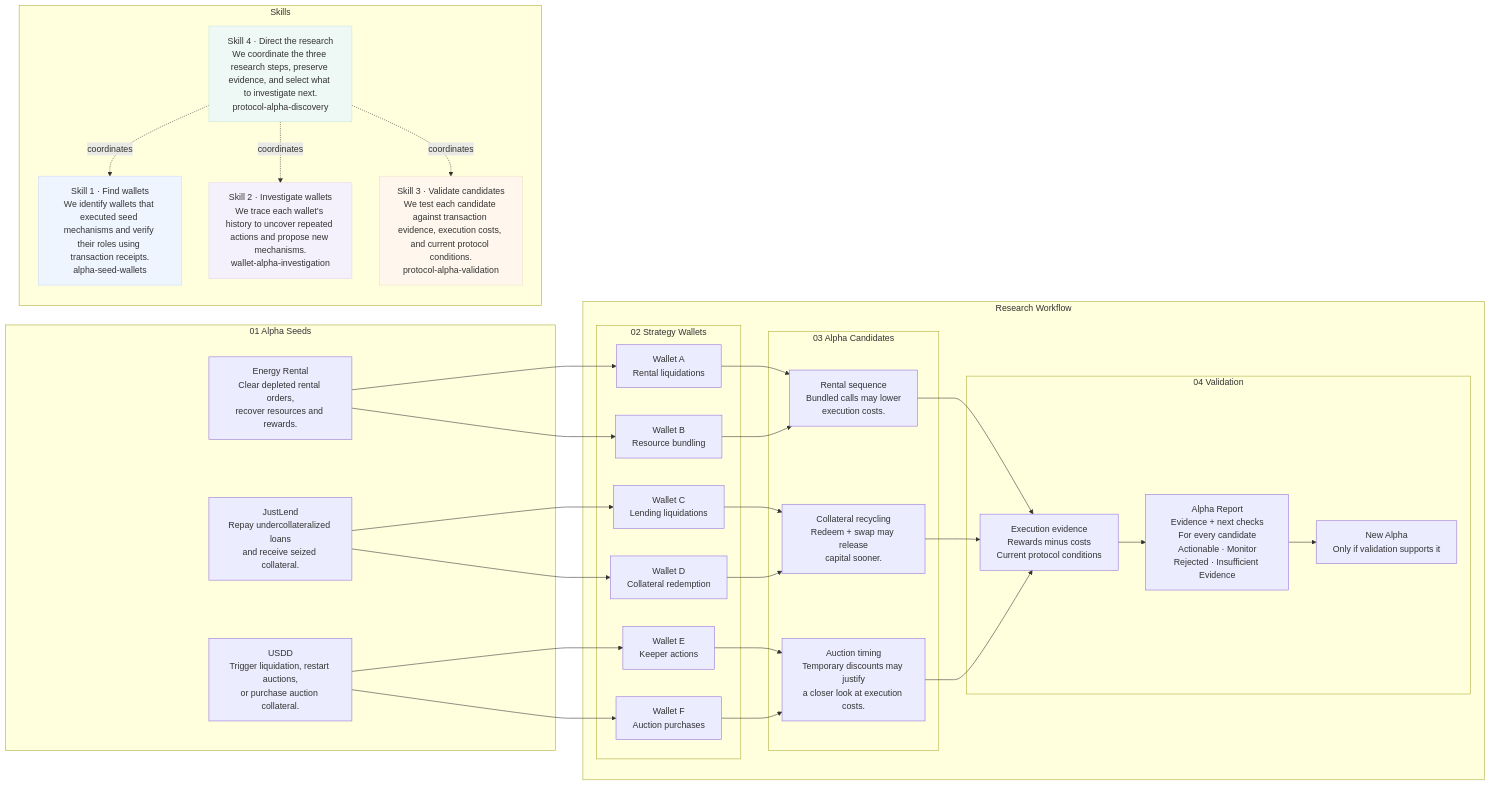
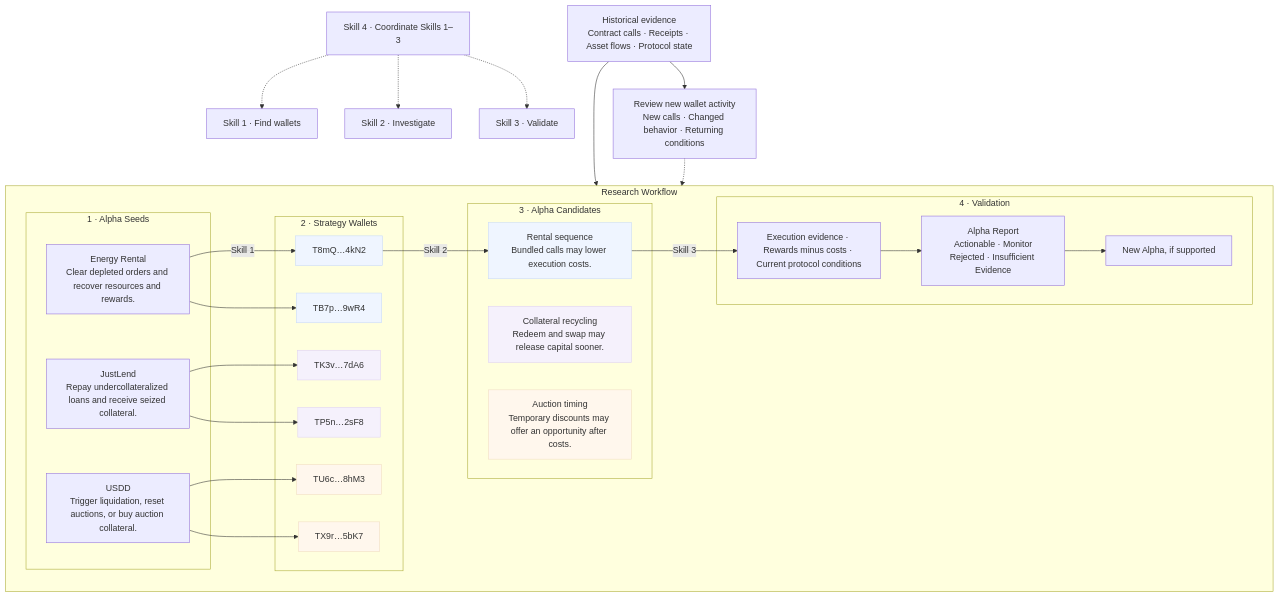
Before and after one commit to qinyh10300/protocol-alpha-finder: the diagram in docs/diagrams/system-architecture-en.mmd, drawn with Mermaid. The commit also changed 15 other files, not shown here.

Commit message:
docs: combine architecture into one concise research diagram

```diff
--- a/docs/diagrams/system-architecture-en.mmd
+++ b/docs/diagrams/system-architecture-en.mmd
@@ -1,57 +1,59 @@
-%% Solid lines show evidence/results; dashed lines show Skill coordination.
-flowchart LR
-    subgraph SEEDS["01  Alpha Seeds"]
-        SEED0["Energy Rental<br/>Clear depleted rental orders,<br/>recover resources and rewards."]
-        SEED1["JustLend<br/>Repay undercollateralized loans<br/>and receive seized collateral."]
-        SEED2["USDD<br/>Trigger liquidation, restart auctions,<br/>or purchase auction collateral."]
+flowchart TB
+    subgraph FLOW["Research Workflow"]
+        direction LR
+        subgraph SEEDS["1 · Alpha Seeds"]
+            SEED0["Energy Rental<br/>Clear depleted orders and recover resources and rewards."]
+            SEED1["JustLend<br/>Repay undercollateralized loans and receive seized collateral."]
+            SEED2["USDD<br/>Trigger liquidation, reset auctions, or buy auction collateral."]
+        end
+        subgraph WALLETS["2 · Strategy Wallets"]
+            WALLET0["T8mQ…4kN2"]
+            WALLET1["TB7p…9wR4"]
+            WALLET2["TK3v…7dA6"]
+            WALLET3["TP5n…2sF8"]
+            WALLET4["TU6c…8hM3"]
+            WALLET5["TX9r…5bK7"]
+        end
+        subgraph CANDIDATES["3 · Alpha Candidates"]
+            CANDIDATE0["Rental sequence<br/>Bundled calls may lower execution costs."]
+            CANDIDATE1["Collateral recycling<br/>Redeem and swap may release capital sooner."]
+            CANDIDATE2["Auction timing<br/>Temporary discounts may offer an opportunity after costs."]
+        end
+        subgraph VALIDATION["4 · Validation"]
+            CHECK["Execution evidence · Rewards minus costs · Current protocol conditions"]
+            REPORT["Alpha Report<br/>Actionable · Monitor<br/>Rejected · Insufficient Evidence"]
+            NEW["New Alpha, if supported"]
+            CHECK --> REPORT --> NEW
+        end
+        SEED0 -->|Skill 1| WALLET0
+        SEED0 --> WALLET1
+        SEED1 --> WALLET2
+        SEED1 --> WALLET3
+        SEED2 --> WALLET4
+        SEED2 --> WALLET5
+        WALLET0 -->|Skill 2| CANDIDATE0
+        CANDIDATE0 -->|Skill 3| CHECK
     end
-    subgraph RESEARCH["Research Workflow"]
-    subgraph WALLETS["02  Strategy Wallets"]
-        WALLET0["Wallet A<br/>Rental liquidations"]
-        WALLET1["Wallet B<br/>Resource bundling"]
-        WALLET2["Wallet C<br/>Lending liquidations"]
-        WALLET3["Wallet D<br/>Collateral redemption"]
-        WALLET4["Wallet E<br/>Keeper actions"]
-        WALLET5["Wallet F<br/>Auction purchases"]
-    end
-    subgraph CANDIDATES["03  Alpha Candidates"]
-        CANDIDATE0["Rental sequence<br/>Bundled calls may lower<br/>execution costs."]
-        CANDIDATE1["Collateral recycling<br/>Redeem + swap may release<br/>capital sooner."]
-        CANDIDATE2["Auction timing<br/>Temporary discounts may justify<br/>a closer look at execution costs."]
-    end
-    subgraph VALIDATE["04  Validation"]
-    VALIDATION["Execution evidence<br/>Rewards minus costs<br/>Current protocol conditions"]
-    NEW["New Alpha<br/>Only if validation supports it"]
-    REPORT["Alpha Report<br/>Evidence + next checks<br/>For every candidate<br/>Actionable · Monitor<br/>Rejected · Insufficient Evidence"]
-    VALIDATION --> REPORT
-    REPORT --> NEW
-    end
-    end
-    SEED0 --> WALLET0
-    WALLET0 --> CANDIDATE0
-    SEED0 --> WALLET1
-    WALLET1 --> CANDIDATE0
-    CANDIDATE0 --> VALIDATION
-    SEED1 --> WALLET2
-    WALLET2 --> CANDIDATE1
-    SEED1 --> WALLET3
-    WALLET3 --> CANDIDATE1
-    CANDIDATE1 --> VALIDATION
-    SEED2 --> WALLET4
-    WALLET4 --> CANDIDATE2
-    SEED2 --> WALLET5
-    WALLET5 --> CANDIDATE2
-    CANDIDATE2 --> VALIDATION
-    subgraph SKILLS["Skills"]
-        S0["Skill 1 · Find wallets<br/>We identify wallets that executed seed mechanisms and verify their roles using transaction receipts.<br/>alpha-seed-wallets"]
-        S1["Skill 2 · Investigate wallets<br/>We trace each wallet’s history to uncover repeated actions and propose new mechanisms.<br/>wallet-alpha-investigation"]
-        S2["Skill 3 · Validate candidates<br/>We test each candidate against transaction evidence, execution costs, and current protocol conditions.<br/>protocol-alpha-validation"]
-        S3["Skill 4 · Direct the research<br/>We coordinate the three research steps, preserve evidence, and select what to investigate next.<br/>protocol-alpha-discovery"]
-    end
-    S3 -. coordinates .-> S0
-    S3 -. coordinates .-> S1
-    S3 -. coordinates .-> S2
-    style S0 fill:#eff5ff,stroke:#c8daf8
-    style S1 fill:#f5f1fc,stroke:#ded2f2
-    style S2 fill:#fff7ed,stroke:#f1dcc2
-    style S3 fill:#eef8f4,stroke:#c9e5d9
+    S1["Skill 1 · Find wallets"]
+    S2["Skill 2 · Investigate"]
+    S3["Skill 3 · Validate"]
+    S4["Skill 4 · Coordinate Skills 1–3"]
+    S4 -.-> S1
+    S4 -.-> S2
+    S4 -.-> S3
+    HISTORY["Historical evidence<br/>Contract calls · Receipts · Asset flows · Protocol state"]
+    OBSERVE["Review new wallet activity<br/>New calls · Changed behavior · Returning conditions"]
+    HISTORY --> FLOW
+    HISTORY --> OBSERVE
+    OBSERVE -.-> FLOW
+    %% Illustrative addresses and hypotheses · Matching colors show provenance; one research path is drawn.
+    %% Repeat collection and review; current checks start manually.
+    style WALLET0 fill:#eff5ff,stroke:#c8daf8
+    style WALLET1 fill:#eff5ff,stroke:#c8daf8
+    style CANDIDATE0 fill:#eff5ff,stroke:#c8daf8
+    style WALLET2 fill:#f5f1fc,stroke:#ded2f2
+    style WALLET3 fill:#f5f1fc,stroke:#ded2f2
+    style CANDIDATE1 fill:#f5f1fc,stroke:#ded2f2
+    style WALLET4 fill:#fff7ed,stroke:#f1dcc2
+    style WALLET5 fill:#fff7ed,stroke:#f1dcc2
+    style CANDIDATE2 fill:#fff7ed,stroke:#f1dcc2
```
